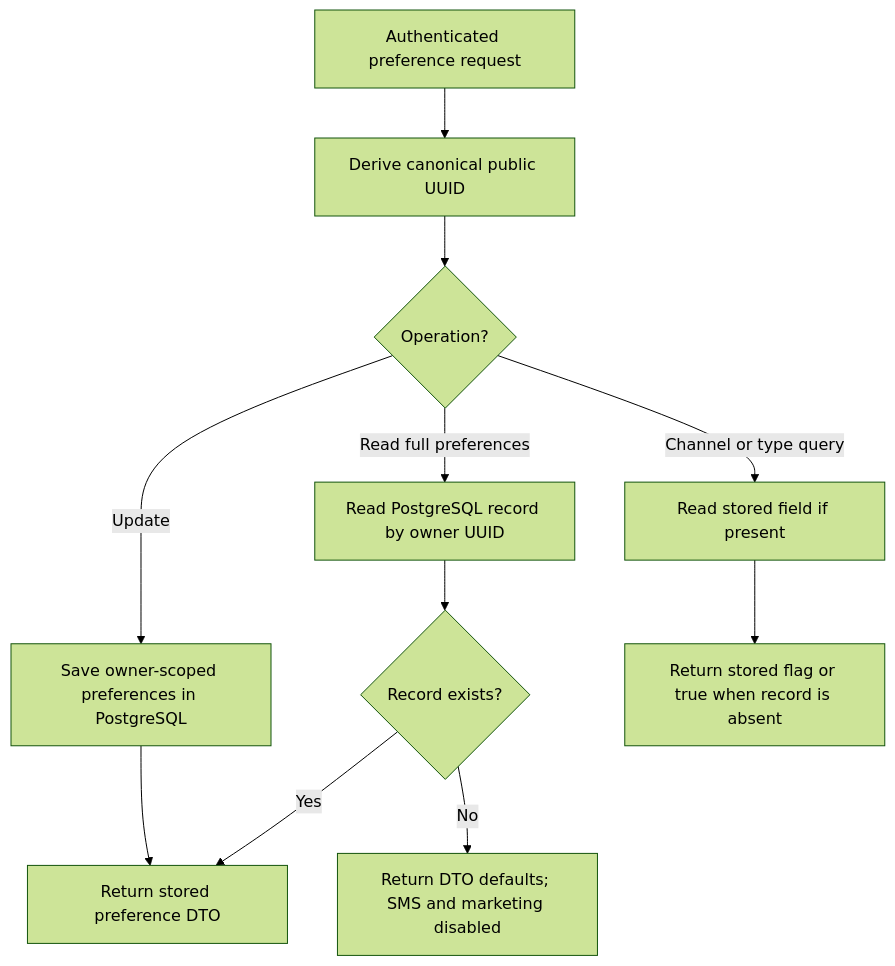
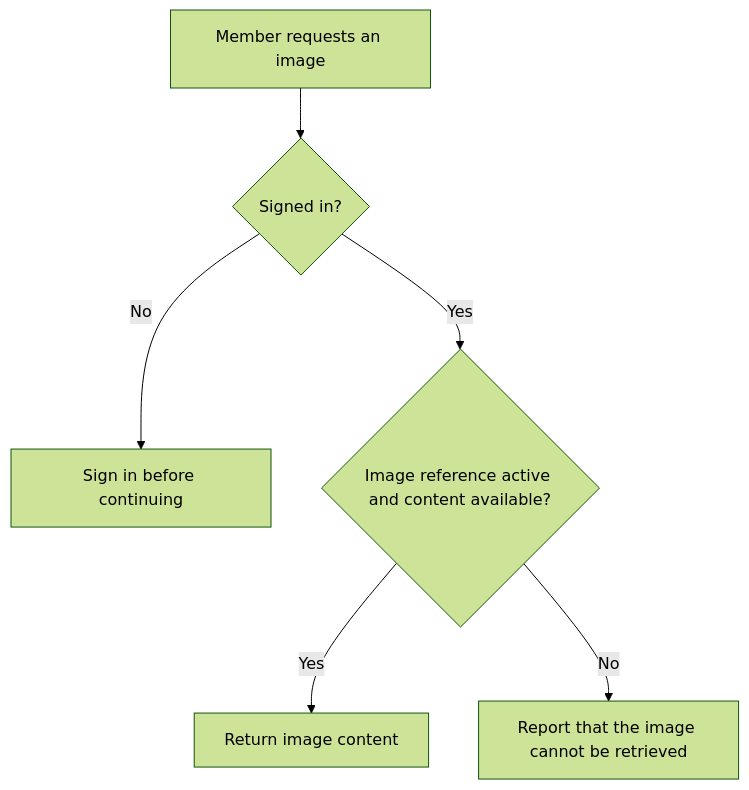
The ninth of 12 diagrams in docs/workflows.md (younessFathi/auto-parto), drawn with Mermaid (forest theme) before and after one commit. The commit also changed other lines of this file and 2 other files, not shown here.

````diff
--- a/docs/workflows.md
+++ b/docs/workflows.md
@@ -410,13 +194,8 @@
 ```mermaid
 flowchart TD
-    USER["Authenticated preference request"] --> OWNER["Derive canonical public UUID"]
-    OWNER --> OP{"Operation?"}
-    OP -->|Read full preferences| FIND["Read PostgreSQL record by owner UUID"]
-    FIND --> FOUND{"Record exists?"}
-    FOUND -->|Yes| DTO["Return stored preference DTO"]
-    FOUND -->|No| DEFAULT["Return DTO defaults; SMS and marketing disabled"]
-    OP -->|Update| SAVE["Save owner-scoped preferences in PostgreSQL"]
-    SAVE --> DTO
-    OP -->|Channel or type query| FLAG["Read stored field if present"]
-    FLAG --> VALUE["Return stored flag or true when record is absent"]
+    A["Member requests an image"] --> B{"Signed in?"}
+    B -->|No| C["Sign in before continuing"]
+    B -->|Yes| D{"Image reference active and content available?"}
+    D -->|Yes| E["Return image content"]
+    D -->|No| F["Report that the image cannot be retrieved"]
 ```
````
